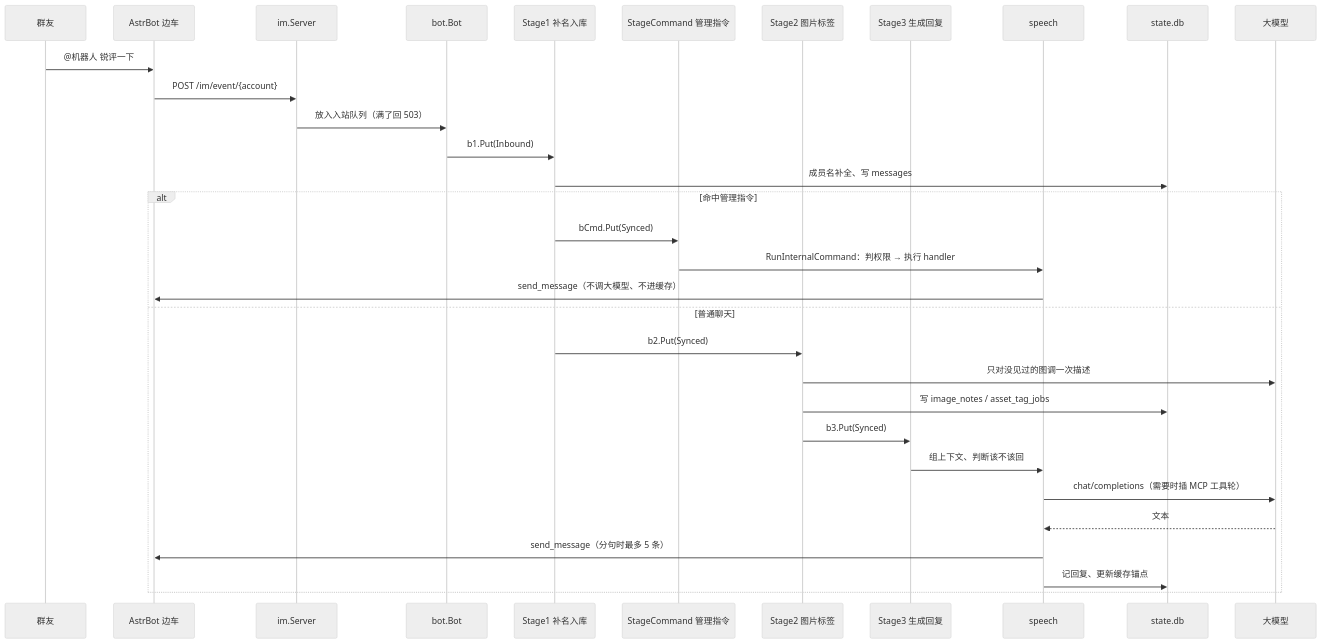
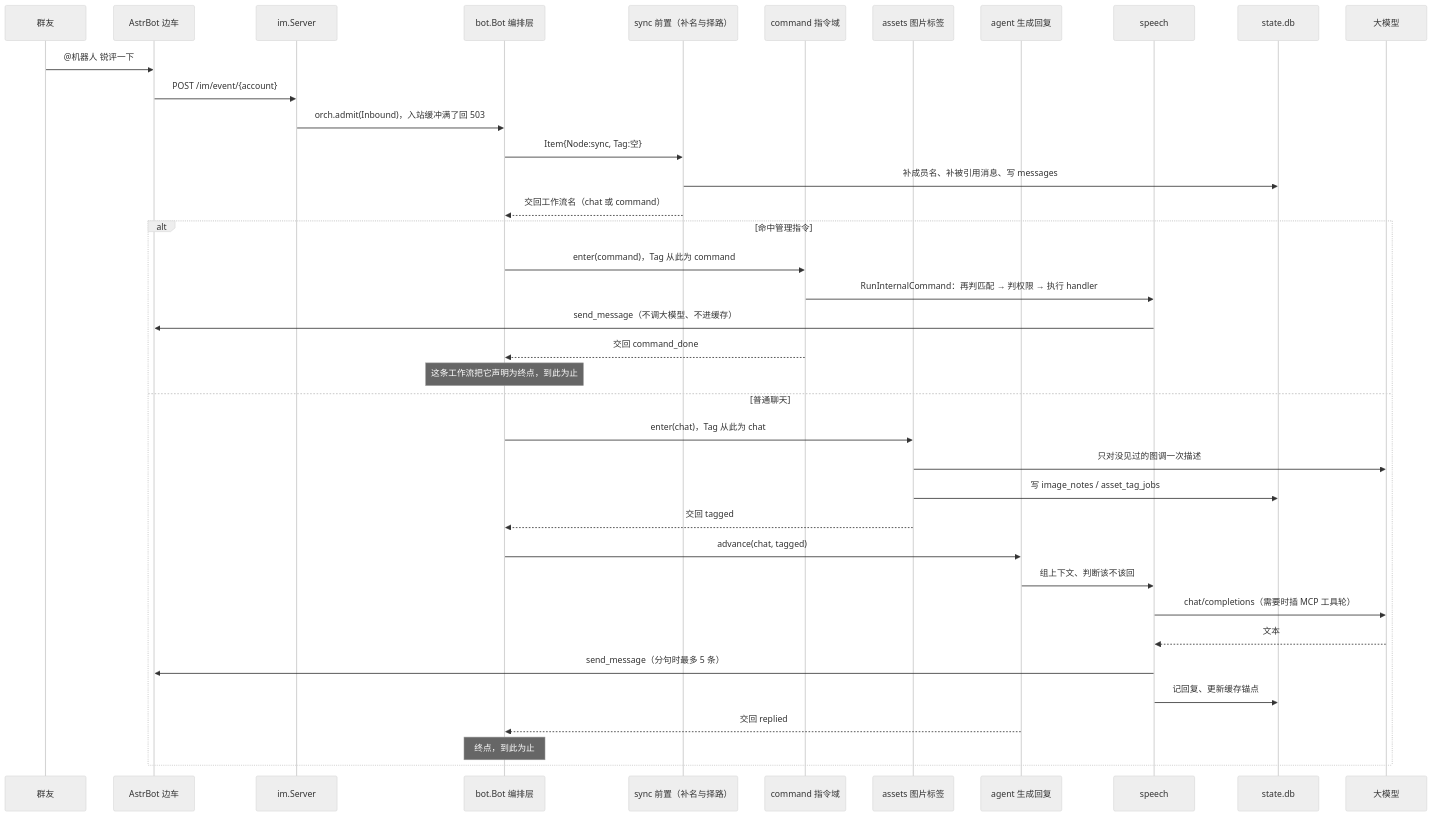
One commit to CanWeakerWriteStrongCode/good-review-master changed the second of 2 diagrams in docs/architecture/overview.md. Above: the diagram before and after it, drawn with Mermaid (neutral theme). The commit also changed other lines of this file and 26 other files, not shown here.

````diff
--- a/docs/architecture/overview.md
+++ b/docs/architecture/overview.md
@@ -63,35 +63,41 @@
 ```mermaid
 sequenceDiagram
   participant U as 群友
   participant A as AstrBot 边车
   participant IM as im.Server
-  participant B as bot.Bot
-  participant S1 as Stage1 补名入库
-  participant SC as StageCommand 管理指令
-  participant S2 as Stage2 图片标签
-  participant S3 as Stage3 生成回复
+  participant B as bot.Bot 编排层
+  participant S as sync 前置（补名与择路）
+  participant C as command 指令域
+  participant G as assets 图片标签
+  participant R as agent 生成回复
   participant SP as speech
   participant DB as state.db
   participant L as 大模型
 
   U->>A: @机器人 锐评一下
   A->>IM: POST /im/event/{account}
-  IM->>B: 放入入站队列（满了回 503）
-  B->>S1: b1.Put(Inbound)
-  S1->>DB: 成员名补全、写 messages
+  IM->>B: orch.admit(Inbound)，入站缓冲满了回 503
+  B->>S: Item{Node:sync, Tag:空}
+  S->>DB: 补成员名、补被引用消息、写 messages
+  S-->>B: 交回工作流名（chat 或 command）
   alt 命中管理指令
-    S1->>SC: bCmd.Put(Synced)
-    SC->>SP: RunInternalCommand：判权限 → 执行 handler
+    B->>C: enter(command)，Tag 从此为 command
+    C->>SP: RunInternalCommand：再判匹配 → 判权限 → 执行 handler
     SP->>A: send_message（不调大模型、不进缓存）
+    C-->>B: 交回 command_done
+    Note over B: 这条工作流把它声明为终点，到此为止
   else 普通聊天
-    S1->>S2: b2.Put(Synced)
-    S2->>L: 只对没见过的图调一次描述
-    S2->>DB: 写 image_notes / asset_tag_jobs
-    S2->>S3: b3.Put(Synced)
-    S3->>SP: 组上下文、判断该不该回
+    B->>G: enter(chat)，Tag 从此为 chat
+    G->>L: 只对没见过的图调一次描述
+    G->>DB: 写 image_notes / asset_tag_jobs
+    G-->>B: 交回 tagged
+    B->>R: advance(chat, tagged)
+    R->>SP: 组上下文、判断该不该回
     SP->>L: chat/completions（需要时插 MCP 工具轮）
     L-->>SP: 文本
     SP->>A: send_message（分句时最多 5 条）
     SP->>DB: 记回复、更新缓存锚点
+    R-->>B: 交回 replied
+    Note over B: 终点，到此为止
   end
 ```
````
